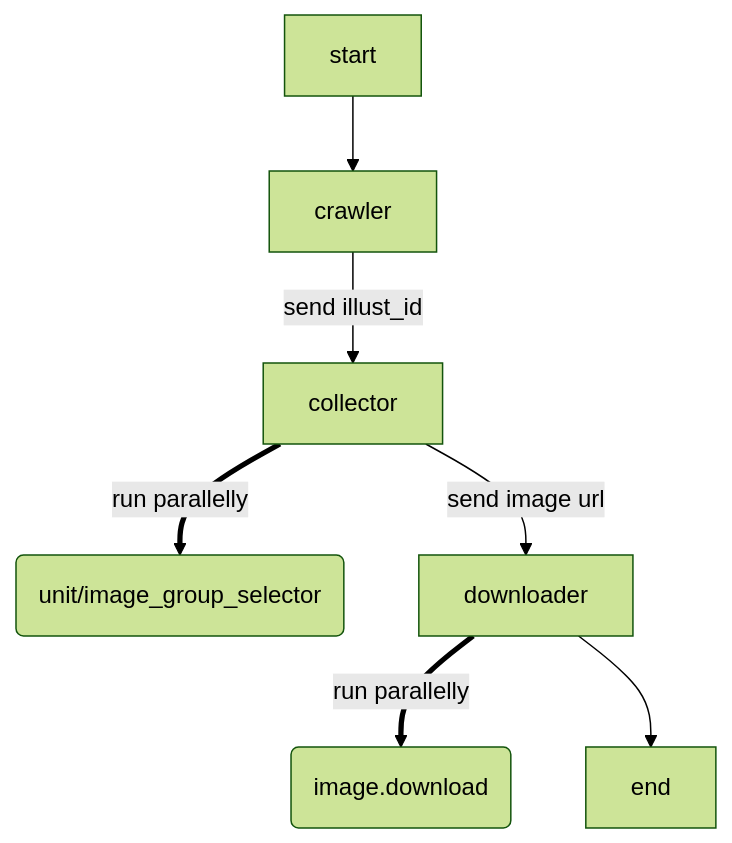
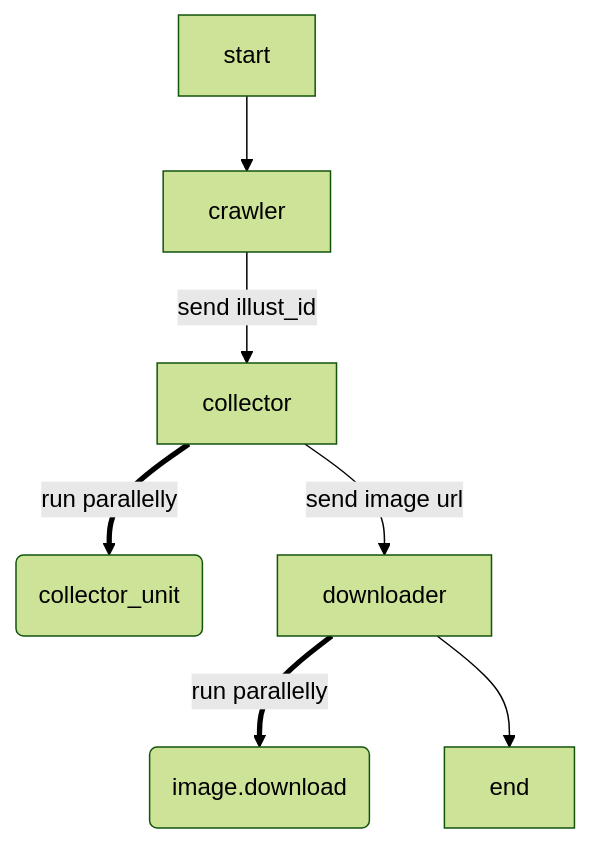
Before and after one commit to CWHer/PixivCrawler: the diagram in README.md, drawn with Mermaid (forest theme). The commit also changed other lines of this file, not shown here.

````diff
--- a/README.md
+++ b/README.md
@@ -5,9 +9,9 @@
 ```mermaid
 graph TD;
 	F[start]-->A;
 	A[crawler]--send illust_id-->B[collector];
-	B==run parallelly==>C(unit/image_group_selector);
+	B==run parallelly==>C(collector_unit);
 	B--send image url-->D[downloader];
 	D==run parallelly==>G(image.download);
 	D-->E[end];
 ```
````
